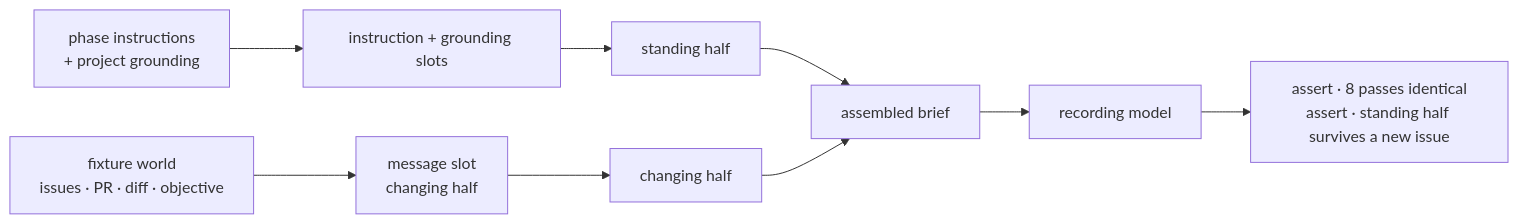
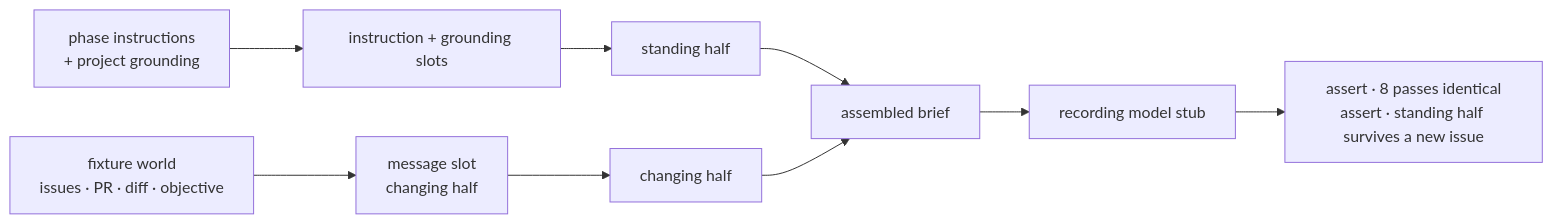
Before and after one commit to fixpoint-labs/flow-state-dev: the diagram in spec/LAB-136.md, drawn with Mermaid. The commit also changed other lines of this file, not shown here.

````diff
--- a/spec/LAB-136.md
+++ b/spec/LAB-136.md
@@ -138,11 +157,11 @@
 ```mermaid
 flowchart LR
   F[fixture world<br/>issues · PR · diff · objective] --> U[message slot<br/>changing half]
   G[phase instructions<br/>+ project grounding] --> P[instruction + grounding slots]
   P --> S[standing half]
   U --> T[changing half]
   S --> M[assembled brief]
   T --> M
-  M --> R[recording model]
+  M --> R[recording model stub]
   R --> A[assert · 8 passes identical<br/>assert · standing half survives a new issue]
 ```
````
